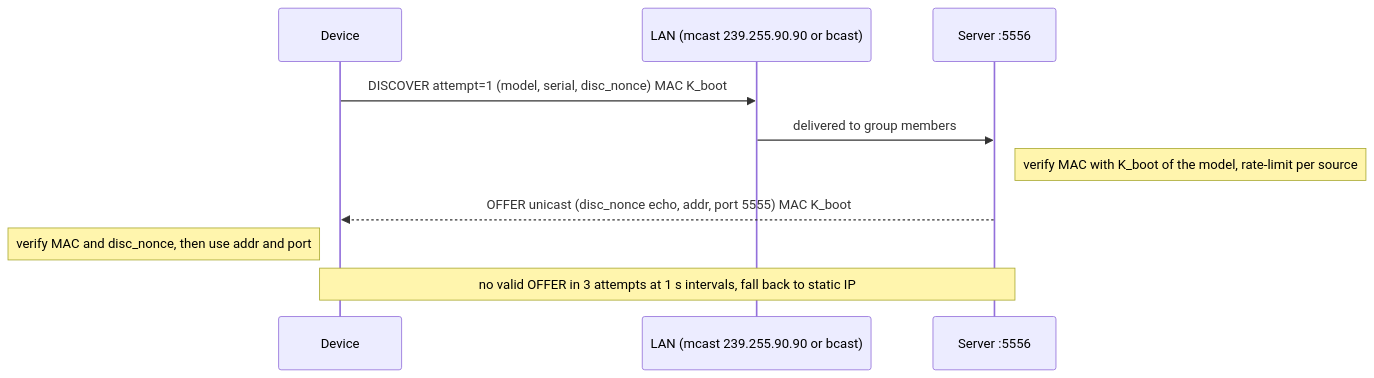
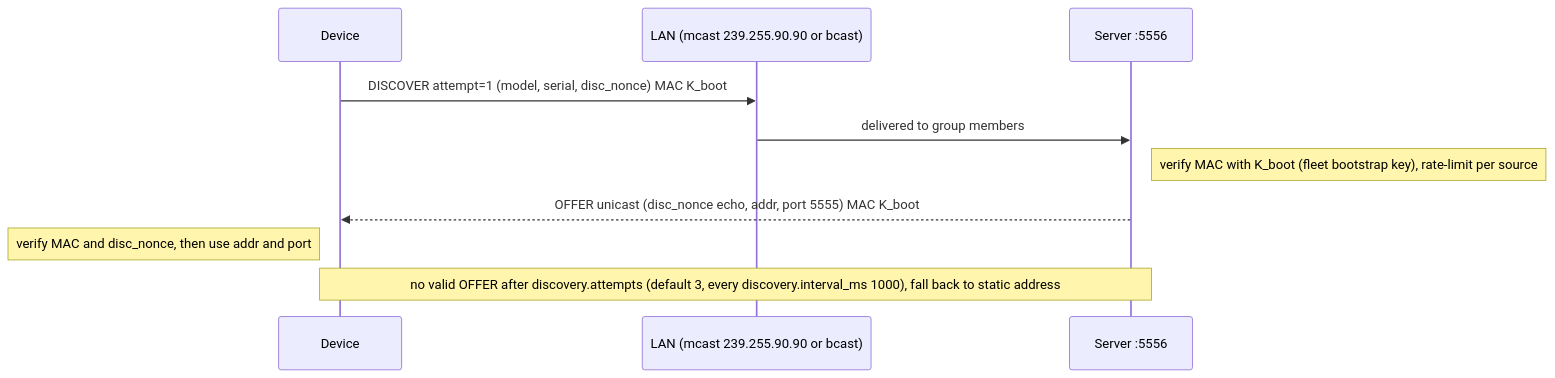
The fifth of 23 diagrams in DESIGN.md (heysunilvk/ztp-project), drawn with Mermaid before and after one commit. The commit also changed other lines of this file and 2 other files, not shown here.

````diff
--- a/DESIGN.md
+++ b/DESIGN.md
@@ -660,12 +770,12 @@
 ```mermaid
 sequenceDiagram
     participant D as Device
     participant N as LAN (mcast 239.255.90.90 or bcast)
     participant S as Server :5556
     D->>N: DISCOVER attempt=1 (model, serial, disc_nonce) MAC K_boot
     N->>S: delivered to group members
-    Note right of S: verify MAC with K_boot of the model, rate-limit per source
+    Note right of S: verify MAC with K_boot (fleet bootstrap key), rate-limit per source
     S-->>D: OFFER unicast (disc_nonce echo, addr, port 5555) MAC K_boot
     Note left of D: verify MAC and disc_nonce, then use addr and port
-    Note over D,S: no valid OFFER in 3 attempts at 1 s intervals, fall back to static IP
+    Note over D,S: no valid OFFER after discovery.attempts (default 3, every discovery.interval_ms 1000), fall back to static address
 ```
````
